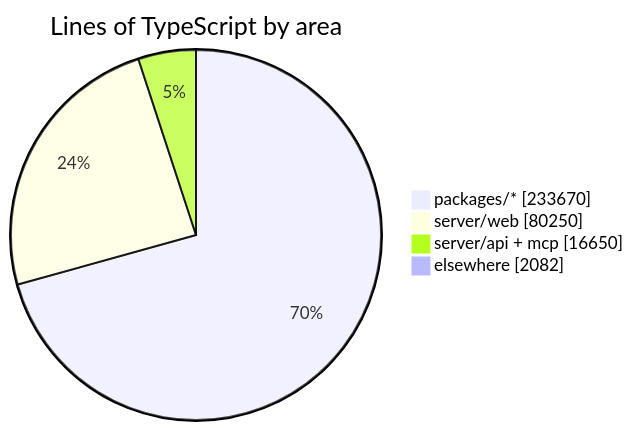
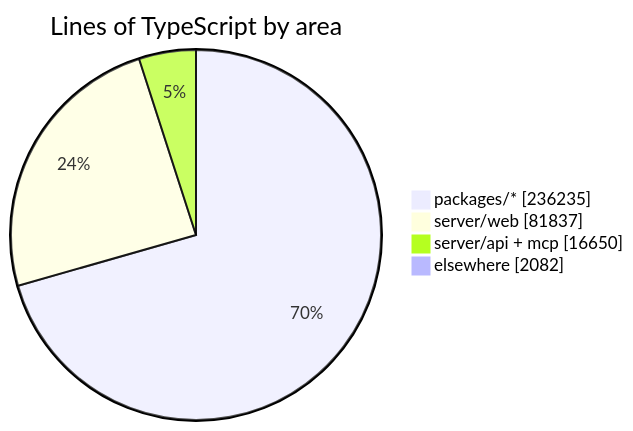
The diagram in README.md (crossworks-engineering/mantle), drawn with Mermaid before and after one commit. The commit also changed other lines of this file and 2 other files, not shown here.

````diff
--- a/README.md
+++ b/README.md
@@ -287,7 +287,7 @@
 ```mermaid
 pie showData title Lines of TypeScript by area
-    "packages/*" : 233670
-    "server/web" : 80250
+    "packages/*" : 236235
+    "server/web" : 81837
     "server/api + mcp" : 16650
     "elsewhere" : 2082
 ```
````
